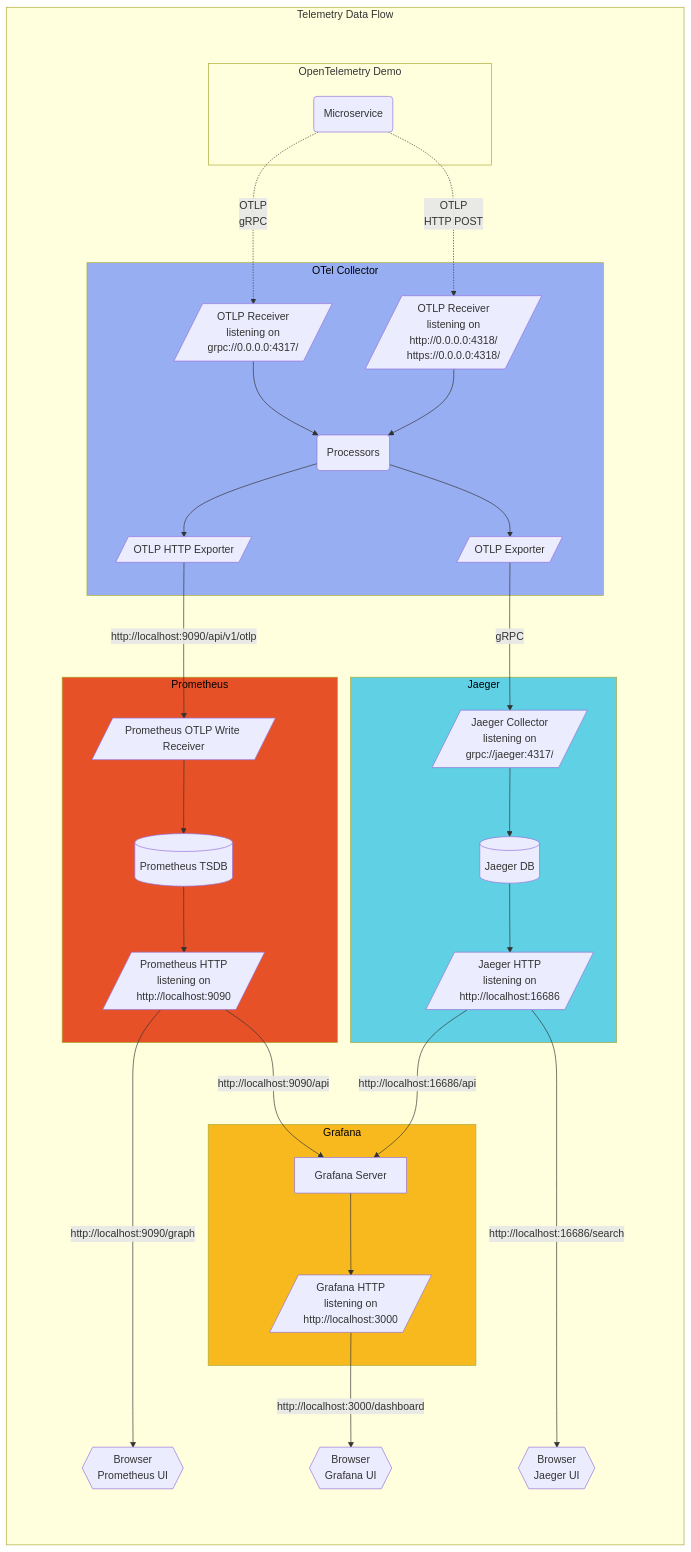
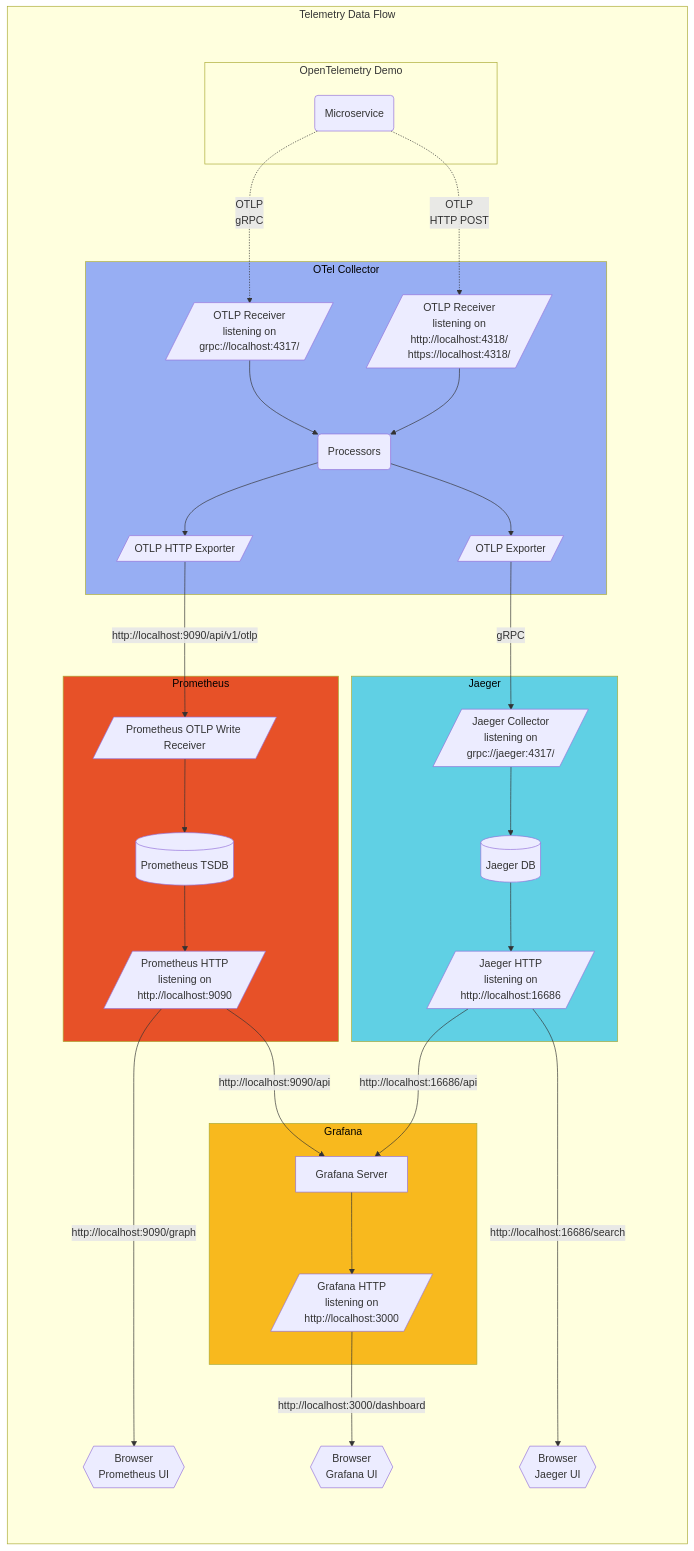
The third of 3 diagrams in content/en/docs/demo/architecture.md (open-telemetry/opentelemetry.io), drawn with Mermaid before and after one commit. The commit also changed 1 other file, not shown here.

Commit message:
Revert some edits

````diff
--- a/content/en/docs/demo/architecture.md
+++ b/content/en/docs/demo/architecture.md
@@ -128,73 +128,73 @@
 ```mermaid
 graph TB
 subgraph tdf[Telemetry Data Flow]
     subgraph subgraph_padding [ ]
         style subgraph_padding fill:none,stroke:none;
         %% padding to stop the titles clashing
         subgraph od[OpenTelemetry Demo]
         ms(Microservice)
         end
 
         ms -.->|"OTLP<br/>gRPC"| oc-grpc
         ms -.->|"OTLP<br/>HTTP POST"| oc-http
 
         subgraph oc[OTel Collector]
             style oc fill:#97aef3,color:black;
-            oc-grpc[/"OTLP Receiver<br/>listening on<br/>grpc://0.0.0.0:4317/"/]
-            oc-http[/"OTLP Receiver<br/>listening on <br/>http://0.0.0.0:4318/<br/>https://0.0.0.0:4318/"/]
+            oc-grpc[/"OTLP Receiver<br/>listening on<br/>grpc://localhost:4317/"/]
+            oc-http[/"OTLP Receiver<br/>listening on <br/>http://localhost:4318/<br/>https://localhost:4318/"/]
             oc-proc(Processors)
             oc-prom[/"OTLP HTTP Exporter"/]
             oc-otlp[/"OTLP Exporter"/]
 
             oc-grpc --> oc-proc
             oc-http --> oc-proc
 
             oc-proc --> oc-prom
             oc-proc --> oc-otlp
         end
 
         oc-prom -->|"http://localhost:9090/api/v1/otlp"| pr-sc
         oc-otlp -->|gRPC| ja-col
 
         subgraph pr[Prometheus]
             style pr fill:#e75128,color:black;
             pr-sc[/"Prometheus OTLP Write Receiver"/]
             pr-tsdb[(Prometheus TSDB)]
             pr-http[/"Prometheus HTTP<br/>listening on<br/>http://localhost:9090"/]
 
             pr-sc --> pr-tsdb
             pr-tsdb --> pr-http
         end
 
         pr-b{{"Browser<br/>Prometheus UI"}}
         pr-http ---->|"http://localhost:9090/graph"| pr-b
 
         subgraph ja[Jaeger]
             style ja fill:#60d0e4,color:black;
             ja-col[/"Jaeger Collector<br/>listening on<br/>grpc://jaeger:4317/"/]
             ja-db[(Jaeger DB)]
             ja-http[/"Jaeger HTTP<br/>listening on<br/>http://localhost:16686"/]
 
             ja-col --> ja-db
             ja-db --> ja-http
         end
 
         subgraph gr[Grafana]
             style gr fill:#f8b91e,color:black;
             gr-srv["Grafana Server"]
             gr-http[/"Grafana HTTP<br/>listening on<br/>http://localhost:3000"/]
 
             gr-srv --> gr-http
         end
 
         pr-http --> |"http://localhost:9090/api"| gr-srv
         ja-http --> |"http://localhost:16686/api"| gr-srv
 
         ja-b{{"Browser<br/>Jaeger UI"}}
         ja-http ---->|"http://localhost:16686/search"| ja-b
 
         gr-b{{"Browser<br/>Grafana UI"}}
         gr-http -->|"http://localhost:3000/dashboard"| gr-b
     end
 end
 ```
````
